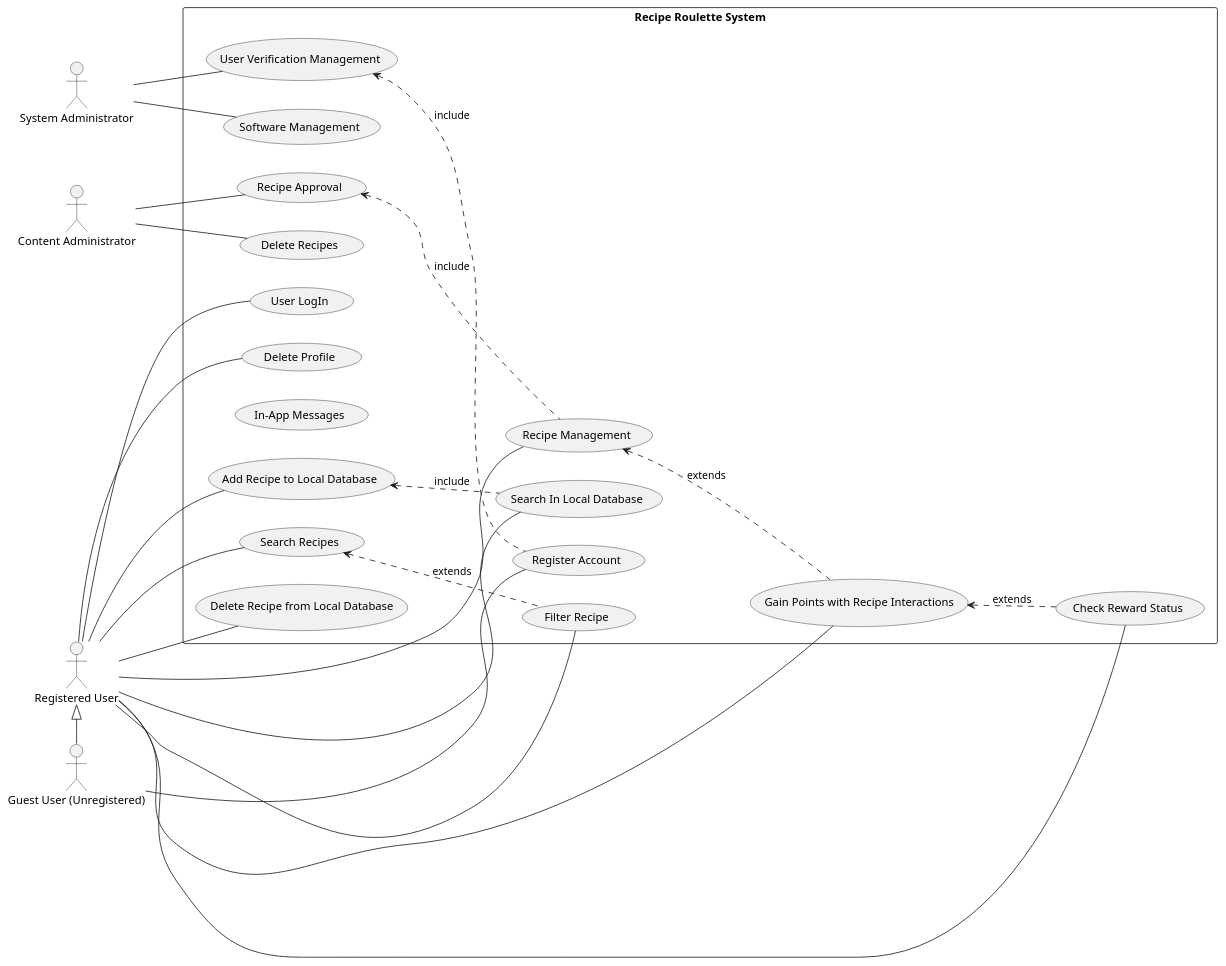
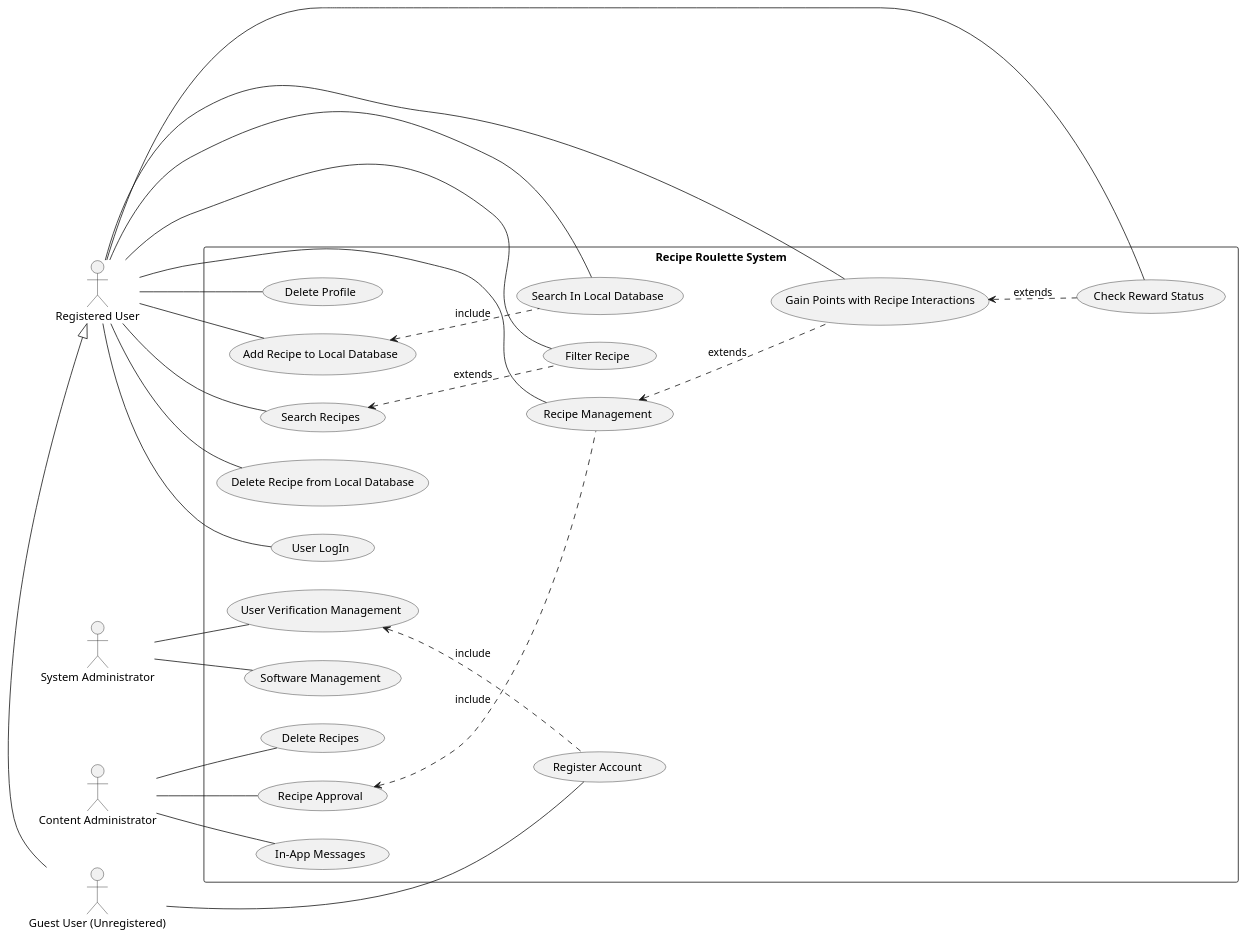
Before and after one commit to carmensat/RECIPE-ROULETTE: the diagram in DIAGRAMS/usecasediagram.puml, drawn with PlantUML.

```diff
--- a/DIAGRAMS/usecasediagram.puml
+++ b/DIAGRAMS/usecasediagram.puml
@@ -1,54 +1,55 @@
 @startuml
 left to right direction
 skinparam packageStyle rectangle
 
 actor "Guest User (Unregistered)" as Guest
 actor "Registered User" as Registered
 actor "System Administrator" as Admin
 actor "Content Administrator" as Cont
 
 rectangle "Recipe Roulette System" {
     usecase "Register Account" as UC1
     usecase "Search Recipes" as UC2
     usecase "Recipe Management" as UC3
     usecase "Gain Points with Recipe Interactions" as UC4
     usecase "Add Recipe to Local Database" as UC5
     usecase "Delete Recipe from Local Database" as UC6
     usecase "Search In Local Database" as UC7
     usecase "Recipe Approval" as UC8
     usecase "Filter Recipe" as UC9
     usecase "User Verification Management" as UC10
     usecase "Software Management" as UC11
     usecase "In-App Messages" as UC12
     usecase "Check Reward Status" as UC13
     usecase "User LogIn" as UC14
     usecase "Delete Profile" as UC15
     usecase "Delete Recipes" as UC16
 }
 
 Registered <|- Guest
 Guest -- UC1
 Registered -- UC14
 Registered -- UC2
 Registered -- UC3
 Registered -- UC4
 Registered -- UC5
 Registered -- UC6
 Registered -- UC7
 Registered -- UC9
 Registered -- UC13
 Registered -- UC15
 
 Admin -- UC11
 Admin -- UC10
 
 Cont -- UC8
 Cont -- UC16
+Cont -- UC12
 
 UC9 .u.> UC2 : extends
 UC4 .u.> UC3 : extends
 UC7 .u.> UC5 : include
 UC3 .u.> UC8 : include
 UC13 .u.> UC4 : extends
 UC1 .u.> UC10 : include
 @enduml
```
